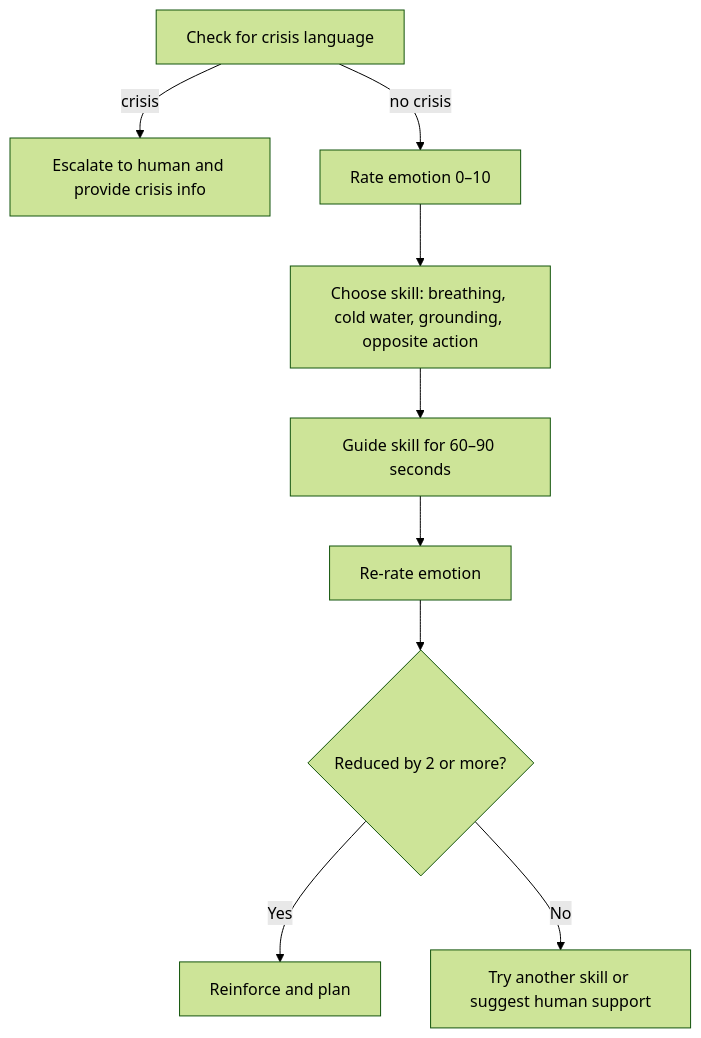
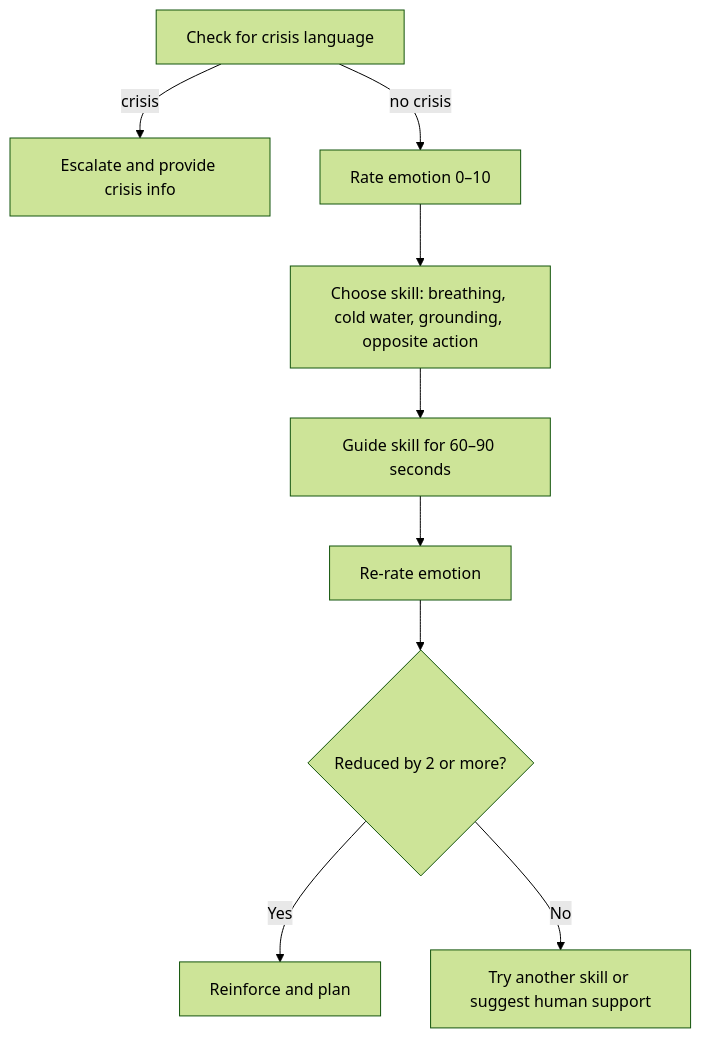
One commit to clarejordan/Conversational-Design-Portfolio changed the diagram in 03-dbt-distress/README.md. Above: the diagram before and after it, drawn with Mermaid (forest theme). The commit also changed other lines of this file, not shown here.

````diff
--- a/03-dbt-distress/README.md
+++ b/03-dbt-distress/README.md
@@ -7,11 +10,11 @@
 ```mermaid
 flowchart TD
-  A[Check for crisis language] -->|crisis| ESC[Escalate to human and provide crisis info]
+  A[Check for crisis language] -->|crisis| ESC[Escalate and provide crisis info]
   A -->|no crisis| B[Rate emotion 0–10]
   B --> C[Choose skill: breathing, cold water, grounding, opposite action]
   C --> D[Guide skill for 60–90 seconds]
   D --> E[Re-rate emotion]
   E --> F{Reduced by 2 or more?}
   F -- Yes --> G[Reinforce and plan]
   F -- No --> H[Try another skill or suggest human support]
 ```
````
